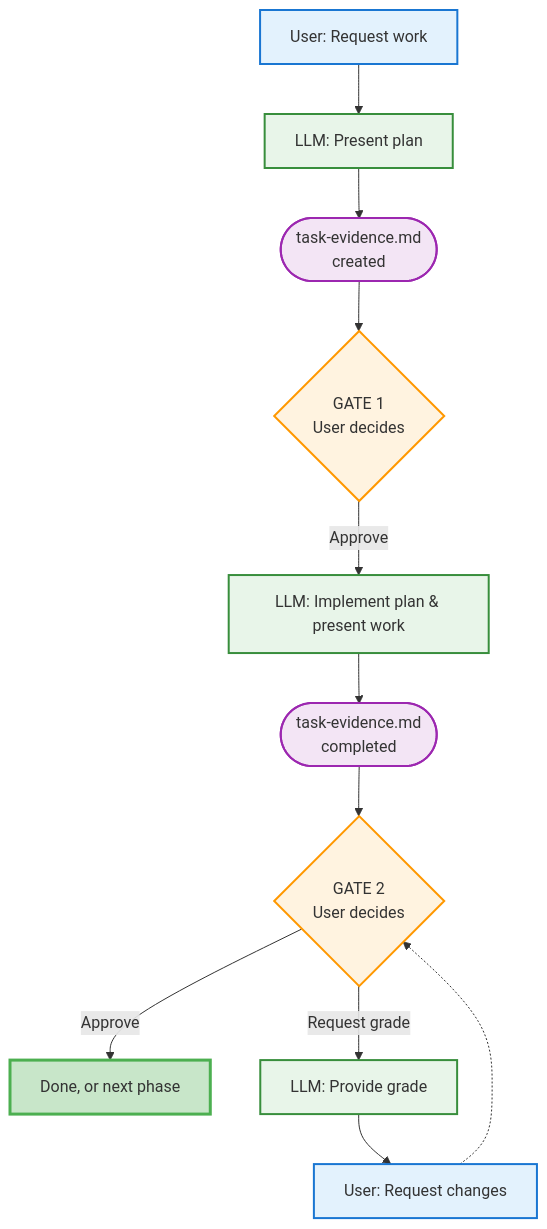
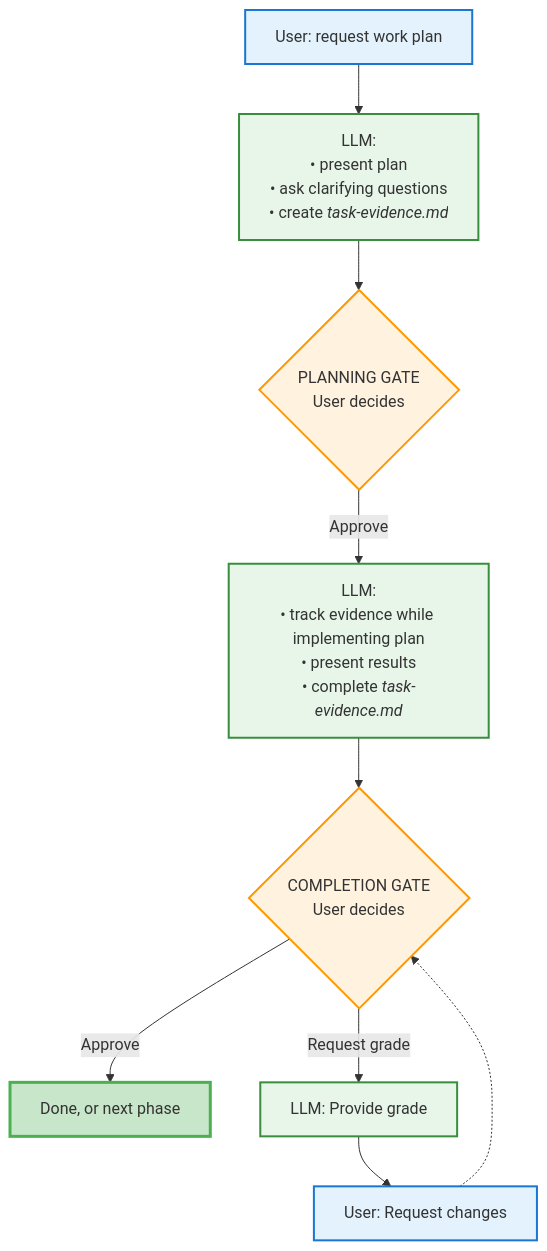
The second of 3 diagrams in README.md (binaryphile/tandem-protocol), drawn with Mermaid before and after one commit. The commit also changed other lines of this file and 1 other file, not shown here.

First line of the commit message:
Simplify usage pattern diagrams with inline annotations

````diff
--- a/README.md
+++ b/README.md
@@ -182,24 +178,20 @@
 ```mermaid
 flowchart TD
-    START["User: Request work"] --> P1["LLM: Present plan"]
-    P1 --> EV1(["task-evidence.md<br/>created"])
-    EV1 --> G1{"GATE 1<br/>User decides"}
-    G1 -->|Approve| IMPL["LLM: Implement plan & present work"]
-    IMPL --> EV2(["task-evidence.md<br/>completed"])
-    EV2 --> G2{"GATE 2<br/>User decides"}
+    START["User: request work plan"] --> P1["LLM:<br/>• present plan<br/>• ask clarifying questions<br/>• create <i>task-evidence.md</i>"]
+    P1 --> G1{"PLANNING GATE<br/>User decides"}
+    G1 -->|Approve| IMPL["LLM:<br/>• track evidence while implementing plan<br/>• present results<br/>• complete <i>task-evidence.md</i>"]
+    IMPL --> G2{"COMPLETION GATE<br/>User decides"}
     G2 -->|Approve| DONE["Done, or next phase"]
     G2 -->|Request grade| GRADE["LLM: Provide grade"]
     GRADE --> IMP["User: Request changes"]
     IMP -.-> G2
 
     style START fill:#e3f2fd,stroke:#1976d2,stroke-width:2px
     style P1 fill:#e8f5e9,stroke:#388e3c,stroke-width:2px
     style IMPL fill:#e8f5e9,stroke:#388e3c,stroke-width:2px
     style GRADE fill:#e8f5e9,stroke:#388e3c,stroke-width:2px
     style IMP fill:#e3f2fd,stroke:#1976d2,stroke-width:2px
     style G1 fill:#fff3e0,stroke:#ff9800,stroke-width:2px
     style G2 fill:#fff3e0,stroke:#ff9800,stroke-width:2px
     style DONE fill:#c8e6c9,stroke:#4caf50,stroke-width:3px
-    style EV1 fill:#f3e5f5,stroke:#9c27b0,stroke-width:2px
-    style EV2 fill:#f3e5f5,stroke:#9c27b0,stroke-width:2px
 ```
````
